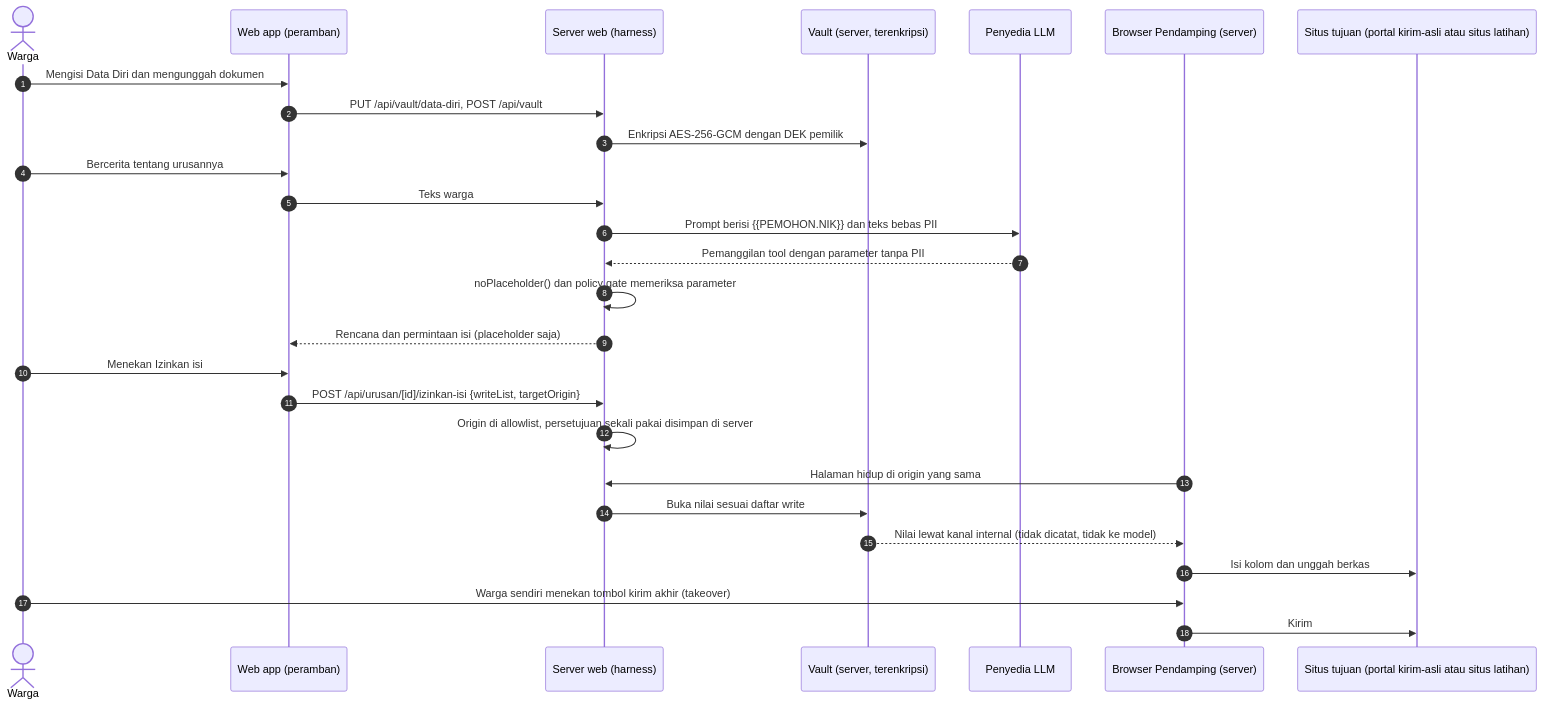
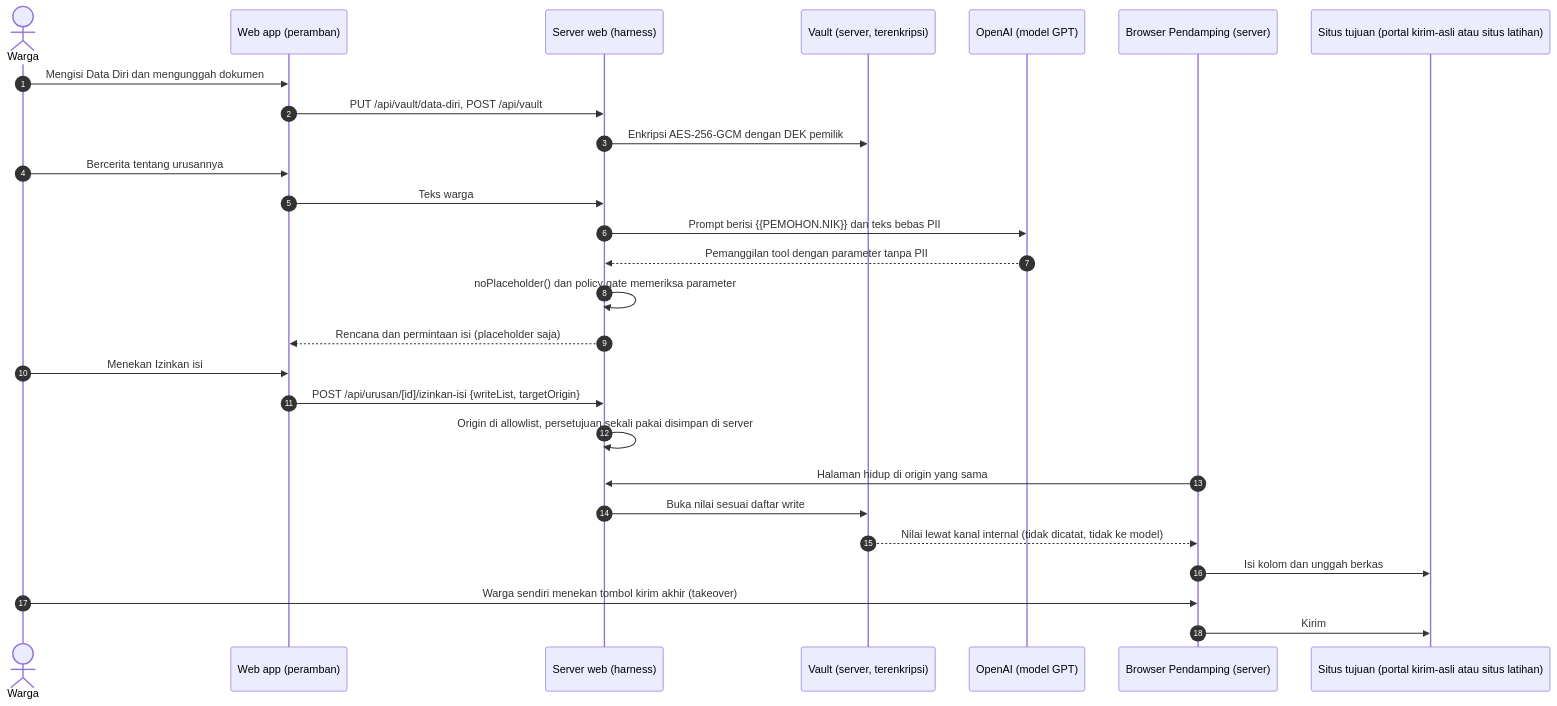
The third of 3 diagrams in docs/arsitektur.md (bynguts/urusin), drawn with Mermaid before and after one commit. The commit also changed other lines of this file and 1 other file, not shown here.

````diff
--- a/docs/arsitektur.md
+++ b/docs/arsitektur.md
@@ -114,30 +113,30 @@
 ```mermaid
 sequenceDiagram
   autonumber
   actor W as Warga
   participant UI as Web app (peramban)
   participant S as Server web (harness)
   participant V as Vault (server, terenkripsi)
-  participant L as Penyedia LLM
+  participant L as OpenAI (model GPT)
   participant E as Browser Pendamping (server)
   participant G as Situs tujuan (portal kirim-asli atau situs latihan)
 
   W->>UI: Mengisi Data Diri dan mengunggah dokumen
   UI->>S: PUT /api/vault/data-diri, POST /api/vault
   S->>V: Enkripsi AES-256-GCM dengan DEK pemilik
   W->>UI: Bercerita tentang urusannya
   UI->>S: Teks warga
   S->>L: Prompt berisi {{PEMOHON.NIK}} dan teks bebas PII
   L-->>S: Pemanggilan tool dengan parameter tanpa PII
   S->>S: noPlaceholder() dan policy gate memeriksa parameter
   S-->>UI: Rencana dan permintaan isi (placeholder saja)
   W->>UI: Menekan Izinkan isi
   UI->>S: POST /api/urusan/[id]/izinkan-isi {writeList, targetOrigin}
   S->>S: Origin di allowlist, persetujuan sekali pakai disimpan di server
   E->>S: Halaman hidup di origin yang sama
   S->>V: Buka nilai sesuai daftar write
   V-->>E: Nilai lewat kanal internal (tidak dicatat, tidak ke model)
   E->>G: Isi kolom dan unggah berkas
   W->>E: Warga sendiri menekan tombol kirim akhir (takeover)
   E->>G: Kirim
 ```
````
